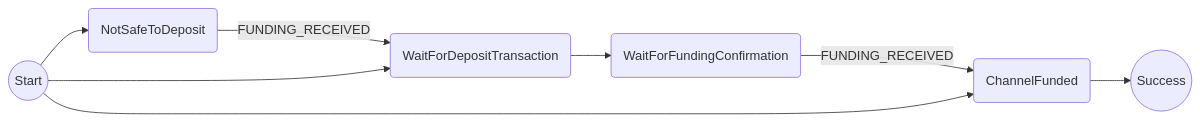
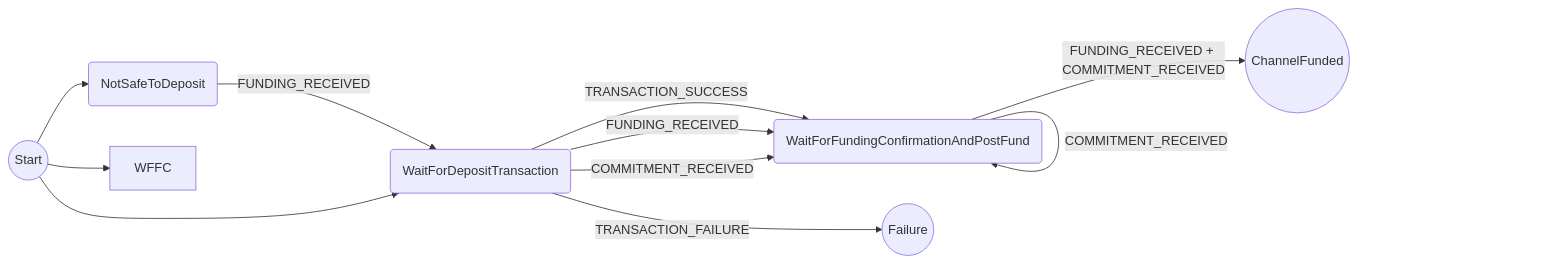
Before and after one commit to magmo/apps: the diagram in packages/wallet/src/redux/protocols/direct-funding/readme.md, drawn with Mermaid. The commit also changed other lines of this file and 9 other files, not shown here.

````diff
--- a/packages/wallet/src/redux/protocols/direct-funding/readme.md
+++ b/packages/wallet/src/redux/protocols/direct-funding/readme.md
@@ -11,10 +9,14 @@
 ```mermaid
 graph LR
 ST((Start))-->NSD(NotSafeToDeposit)
-NSD-->|FUNDING_RECEIVED|TSSM(WaitForDepositTransaction)
-ST-->TSSM
-TSSM-->WFFC(WaitForFundingConfirmation)
-WFFC-->|FUNDING_RECEIVED|CF(ChannelFunded)
-ST-->CF
-CF-->SC((Success))
+NSD-->|FUNDING_RECEIVED|WFDT(WaitForDepositTransaction)
+ST-->WFDT
+WFDT-->|TRANSACTION_SUCCESS|WFFCPF(WaitForFundingConfirmationAndPostFund)
+WFDT-->|FUNDING_RECEIVED|WFFCPF
+WFDT-->|COMMITMENT_RECEIVED|WFFCPF
+WFDT-->|TRANSACTION_FAILURE|F((Failure))
+WFFCPF-->|FUNDING_RECEIVED|WFFCPF
+WFFCPF-->|COMMITMENT_RECEIVED|WFFCPF
+WFFCPF-->|FUNDING_RECEIVED + COMMITMENT_RECEIVED|CF((ChannelFunded))
+ST-->WFFC
 ```
````
